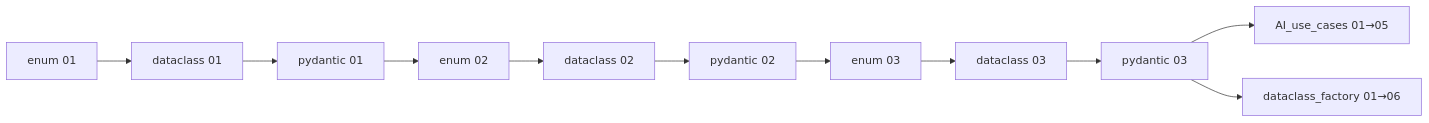
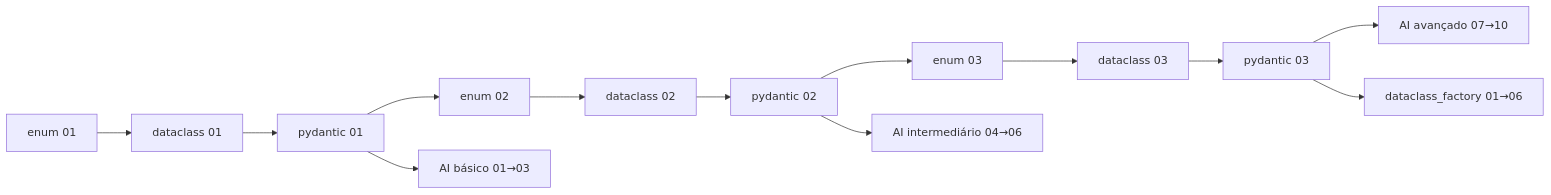
Before and after one commit to dante-souza/studies: the diagram in data-and-classes/README.md, drawn with Mermaid. The commit also changed other lines of this file and 27 other files, not shown here.

First line of the commit message:
feat(AI_use_cases): trilha básico → intermediário → avançado com LLM

````diff
--- a/data-and-classes/README.md
+++ b/data-and-classes/README.md
@@ -53,8 +53,10 @@
 ```mermaid
 flowchart LR
     E1[enum 01] --> D1[dataclass 01] --> P1[pydantic 01]
     P1 --> E2[enum 02] --> D2[dataclass 02] --> P2[pydantic 02]
     P2 --> E3[enum 03] --> D3[dataclass 03] --> P3[pydantic 03]
-    P3 --> AI[AI_use_cases 01→05]
+    P1 --> AIB[AI básico 01→03]
+    P2 --> AII[AI intermediário 04→06]
+    P3 --> AIA[AI avançado 07→10]
     P3 --> DF[dataclass_factory 01→06]
 ```
````
